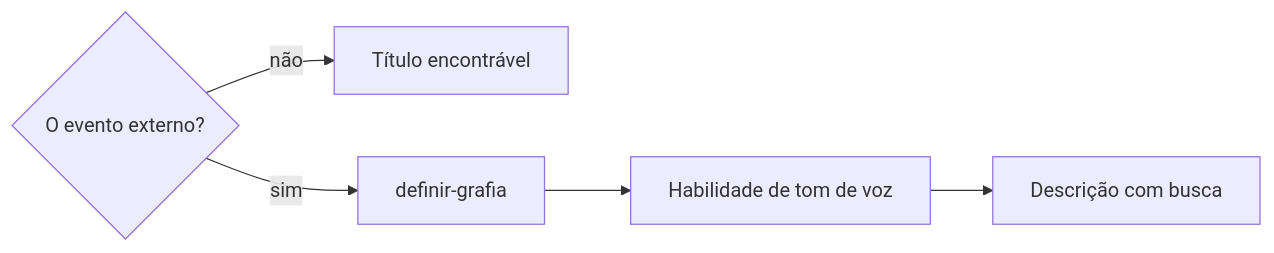
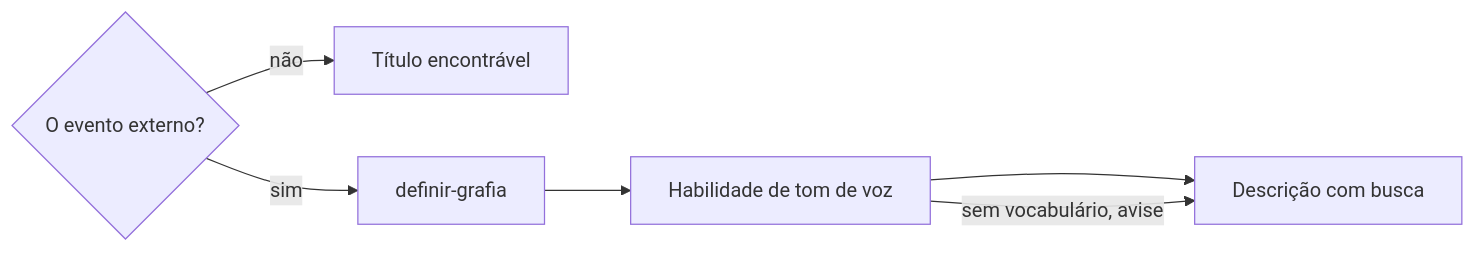
One commit to jimmyandrade/harness changed the fifth of 5 diagrams in .agents/skills/definir-agenda/SKILL.md. Above: the diagram before and after it, drawn with Mermaid. The commit also changed other lines of this file, not shown here.

````diff
--- a/.agents/skills/definir-agenda/SKILL.md
+++ b/.agents/skills/definir-agenda/SKILL.md
@@ -169,7 +169,8 @@
 ```mermaid
 flowchart LR
   Q{O evento externo?} -->|não| H[Título encontrável]
   Q -->|sim| G[definir-grafia]
   G --> T[Habilidade de tom de voz]
   T --> D[Descrição com busca]
+  T -->|sem vocabulário, avise| D
 ```
````
